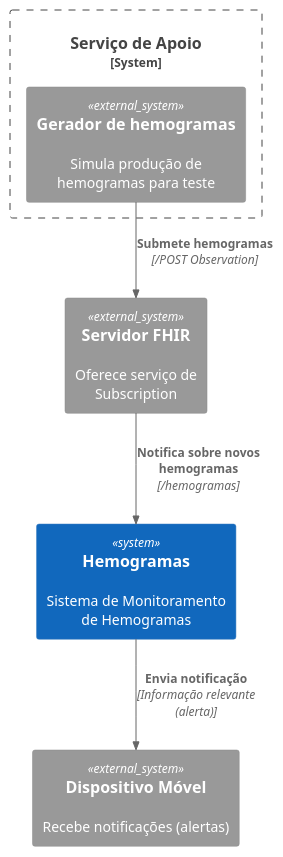
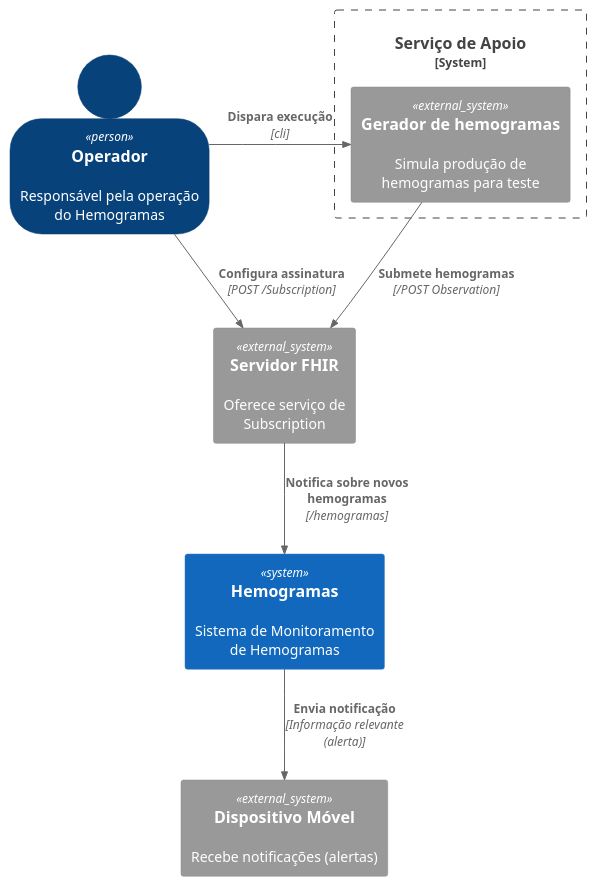
Before and after one commit to kyriosdata/ubiquo-2025-02: the diagram in docs/contexto-geral.puml, drawn with PlantUML. The commit also changed 1 other file, not shown here.

```diff
--- a/docs/contexto-geral.puml
+++ b/docs/contexto-geral.puml
@@ -1,21 +1,24 @@
 @startuml contexto-geral
 
 !include C4_Context.puml
 
 SHOW_PERSON_OUTLINE()
 
 System_Boundary(sis, "Serviço de Apoio") {
 
     System_Ext(gerador, "Gerador de hemogramas", "Simula produção de hemogramas para teste")
 
 }
 
+Person(operador, "Operador", "Responsável pela operação\ndo Hemogramas")
 System(hubsaude, "Hemogramas", "Sistema de Monitoramento\nde Hemogramas")
 System_Ext(fhir, "Servidor FHIR", "Oferece serviço de Subscription")
 System_Ext(device, "Dispositivo Móvel", "Recebe notificações (alertas)")
 
 Rel(gerador, fhir, "Submete hemogramas", "/POST Observation")
 Rel(hubsaude, device, "Envia notificação", "Informação relevante (alerta)")
 Rel(fhir, hubsaude, "Notifica sobre novos hemogramas", "/hemogramas")
+Rel_Right(operador, fhir, "Configura assinatura", "POST /Subscription")
+Rel_Right(operador, gerador, "Dispara execução", "cli")
 
 @enduml
```
